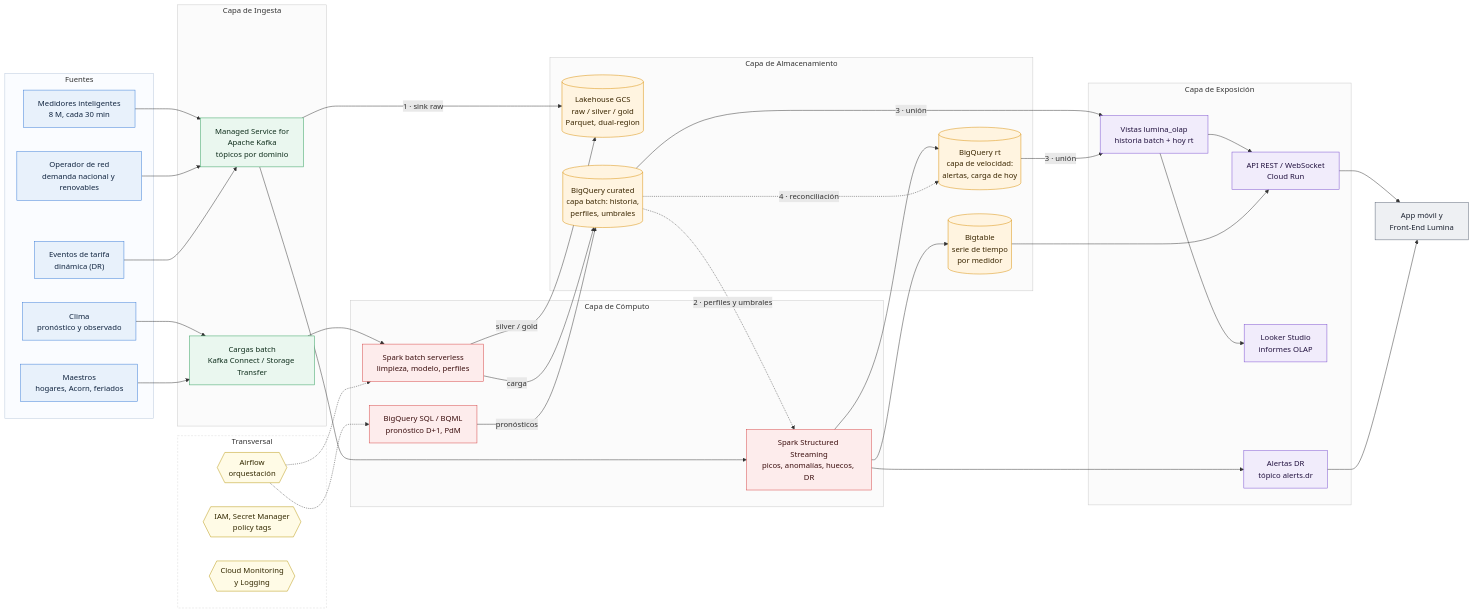
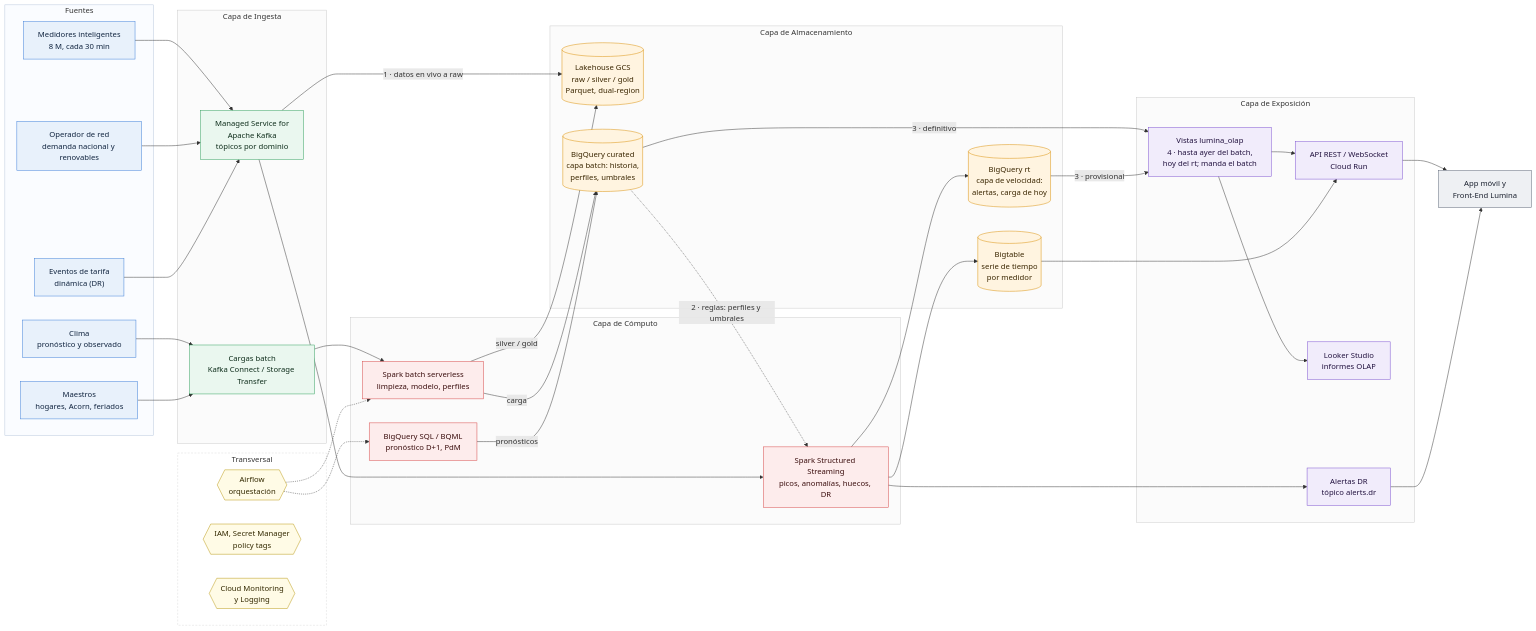
One commit to Diego9828/dataenergia-lumina changed the diagram in docs/entrega1/diagrama_capas.mmd. Above: the diagram before and after it, drawn with Mermaid. The commit also changed 6 other files, not shown here.

First line of the commit message:
Diagramas Lambda: sentido de los flujos batch y streaming

```diff
--- a/docs/entrega1/diagrama_capas.mmd
+++ b/docs/entrega1/diagrama_capas.mmd
@@ -1,88 +1,87 @@
 flowchart LR
   subgraph SRC["Fuentes"]
     F1["Medidores inteligentes<br/>8 M, cada 30 min"]
     F2["Operador de red<br/>demanda nacional y renovables"]
     F3["Eventos de tarifa<br/>dinámica (DR)"]
     F4["Clima<br/>pronóstico y observado"]
     F5["Maestros<br/>hogares, Acorn, feriados"]
   end
 
   subgraph ING["Capa de Ingesta"]
     I1["Managed Service for<br/>Apache Kafka<br/>tópicos por dominio"]
     I2["Cargas batch<br/>Kafka Connect / Storage Transfer"]
   end
 
   subgraph COMP["Capa de Cómputo"]
     C1["Spark Structured Streaming<br/>picos, anomalías, huecos, DR"]
     C2["Spark batch serverless<br/>limpieza, modelo, perfiles"]
     C3["BigQuery SQL / BQML<br/>pronóstico D+1, PdM"]
   end
 
   subgraph ALM["Capa de Almacenamiento"]
     A1[("Lakehouse GCS<br/>raw / silver / gold<br/>Parquet, dual-region")]
     A2[("BigQuery curated<br/>capa batch: historia,<br/>perfiles, umbrales")]
     A4[("BigQuery rt<br/>capa de velocidad:<br/>alertas, carga de hoy")]
     A3[("Bigtable<br/>serie de tiempo<br/>por medidor")]
   end
 
   subgraph EXP["Capa de Exposición"]
-    E0["Vistas lumina_olap<br/>historia batch + hoy rt"]
+    E0["Vistas lumina_olap<br/>4 · hasta ayer del batch,<br/>hoy del rt; manda el batch"]
     E1["API REST / WebSocket<br/>Cloud Run"]
     E2["Looker Studio<br/>informes OLAP"]
     E3["Alertas DR<br/>tópico alerts.dr"]
   end
 
   subgraph TRV["Transversal"]
     T1{{"Airflow<br/>orquestación"}}
     T2{{"IAM, Secret Manager<br/>policy tags"}}
     T3{{"Cloud Monitoring<br/>y Logging"}}
   end
 
   APP["App móvil y<br/>Front-End Lumina"]
 
   F1 --> I1
   F2 --> I1
   F3 --> I1
   F4 --> I2
   F5 --> I2
   I1 --> C1
-  I1 -->|1 · sink raw| A1
+  I1 -->|1 · datos en vivo a raw| A1
   I2 --> C2
   C2 -->|silver / gold| A1
   C2 -->|carga| A2
   C1 --> A3
   C1 --> A4
   C1 --> E3
   C3 -->|pronósticos| A2
-  A2 -.->|2 · perfiles y umbrales| C1
-  A2 -->|3 · unión| E0
-  A4 -->|3 · unión| E0
-  A2 -.->|4 · reconciliación| A4
+  A2 -.->|2 · reglas: perfiles y umbrales| C1
+  A2 -->|3 · definitivo| E0
+  A4 -->|3 · provisional| E0
   E0 --> E2
   E0 --> E1
   A3 --> E1
   E1 --> APP
   E3 --> APP
   T1 -.-> C2
   T1 -.-> C3
 
   classDef src fill:#E8F1FB,stroke:#3B7DD8,color:#10243F
   classDef ing fill:#EAF7EF,stroke:#2E9E5B,color:#0F2E1C
   classDef comp fill:#FDECEC,stroke:#D64545,color:#3B0E0E
   classDef alm fill:#FFF4E0,stroke:#D98E04,color:#3A2600
   classDef exp fill:#F1ECFB,stroke:#7A4FD0,color:#22123F
   classDef trv fill:#FFFBE6,stroke:#B8960C,color:#332900
   classDef app fill:#EEF0F3,stroke:#5B6575,color:#1C2230
   class F1,F2,F3,F4,F5 src
   class I1,I2 ing
   class C1,C2,C3 comp
   class A1,A2,A3,A4 alm
   class E0,E1,E2,E3 exp
   class T1,T2,T3 trv
   class APP app
   style SRC fill:#FAFCFF,stroke:#B8C7DC
   style ING fill:#FBFBFB,stroke:#C9C9C9
   style COMP fill:#FBFBFB,stroke:#C9C9C9
   style ALM fill:#FBFBFB,stroke:#C9C9C9
   style EXP fill:#FBFBFB,stroke:#C9C9C9
   style TRV fill:#FFFFFF,stroke:#D9D9D9,stroke-dasharray: 4 3
```
